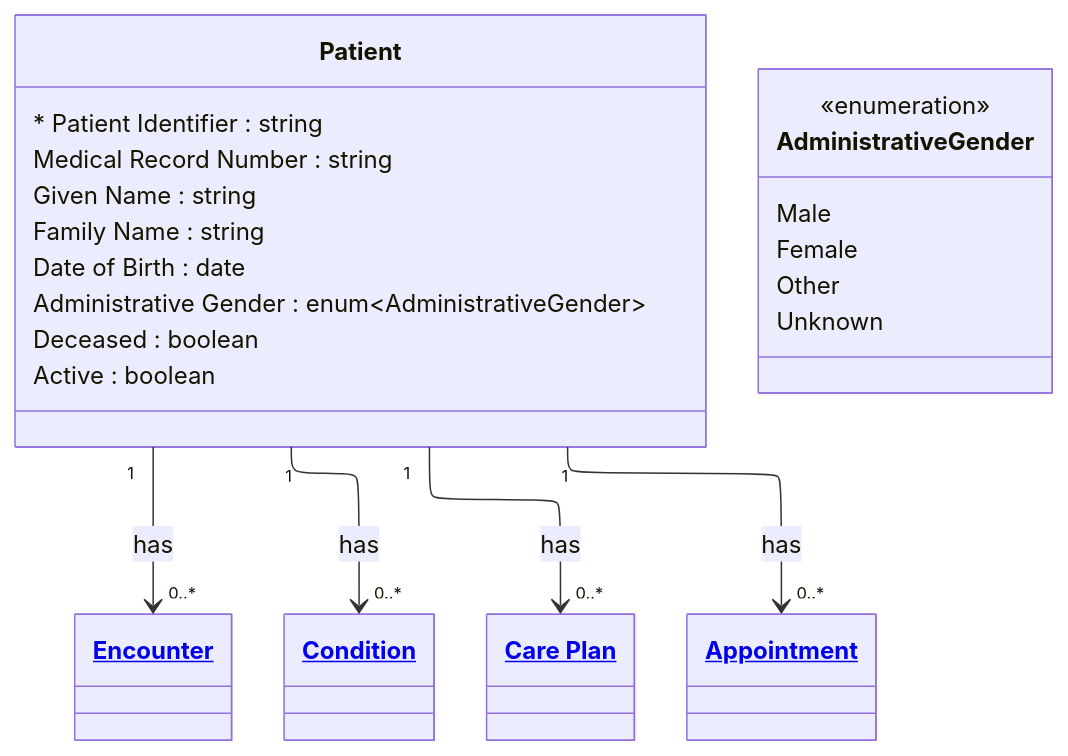
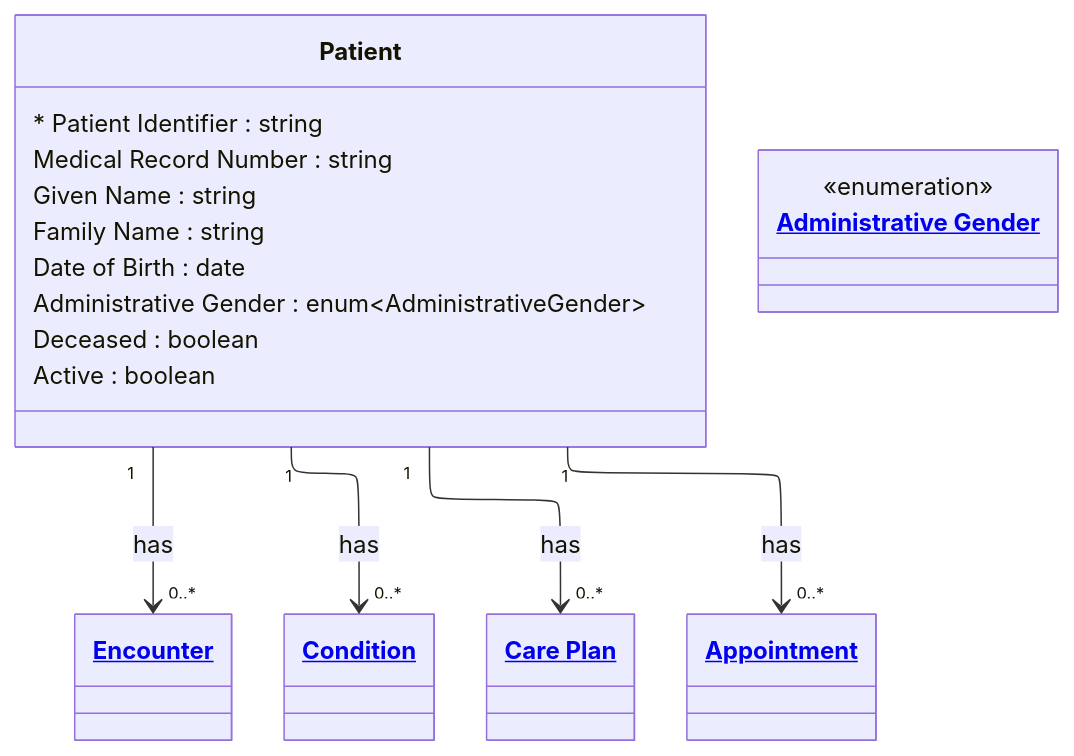
The diagram in examples/Healthcare/entities/patient.md (Semprini/md-ddl), drawn with Mermaid before and after one commit. The commit also changed 13 other files, not shown here.

````diff
--- a/examples/Healthcare/entities/patient.md
+++ b/examples/Healthcare/entities/patient.md
@@ -11,35 +11,29 @@
 ```mermaid
 ---
 config:
   layout: elk
 ---
 classDiagram
   class Patient{
     * Patient Identifier : string
     Medical Record Number : string
     Given Name : string
     Family Name : string
     Date of Birth : date
     Administrative Gender : enum~AdministrativeGender~
     Deceased : boolean
     Active : boolean
   }
 
   Patient "1" --> "0..*" Encounter : has
   Patient "1" --> "0..*" Condition : has
   Patient "1" --> "0..*" CarePlan : has
   Patient "1" --> "0..*" Appointment : has
 
-  class AdministrativeGender{
-    <<enumeration>>
-    Male
-    Female
-    Other
-    Unknown
-  }
+  class AdministrativeGender["<a href='https://github.com/Semprini/md-ddl/blob/main/examples/Healthcare/enums.md#administrative-gender'>Administrative Gender</a>"]{<<enumeration>>}
 
   class Encounter["<a href='https://github.com/Semprini/md-ddl/blob/main/examples/Healthcare/entities/encounter.md'>Encounter</a>"]
   class Condition["<a href='https://github.com/Semprini/md-ddl/blob/main/examples/Healthcare/entities/condition.md'>Condition</a>"]
   class CarePlan["<a href='https://github.com/Semprini/md-ddl/blob/main/examples/Healthcare/entities/care_plan.md'>Care Plan</a>"]
   class Appointment["<a href='https://github.com/Semprini/md-ddl/blob/main/examples/Healthcare/entities/appointment.md'>Appointment</a>"]
 ```
````
